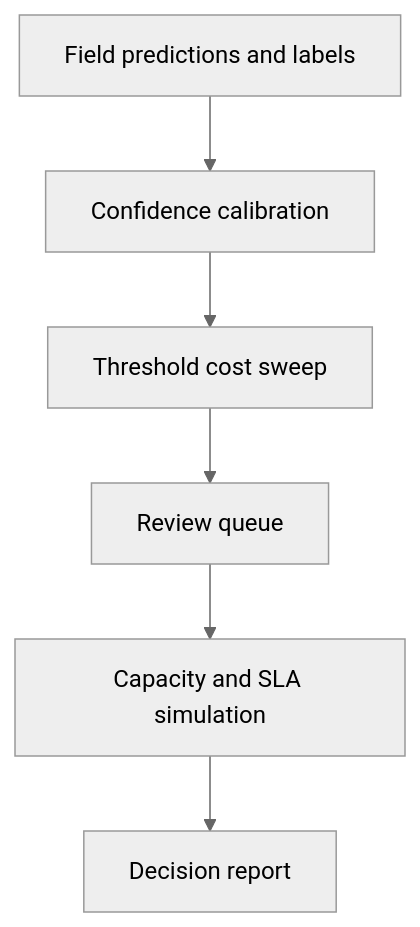
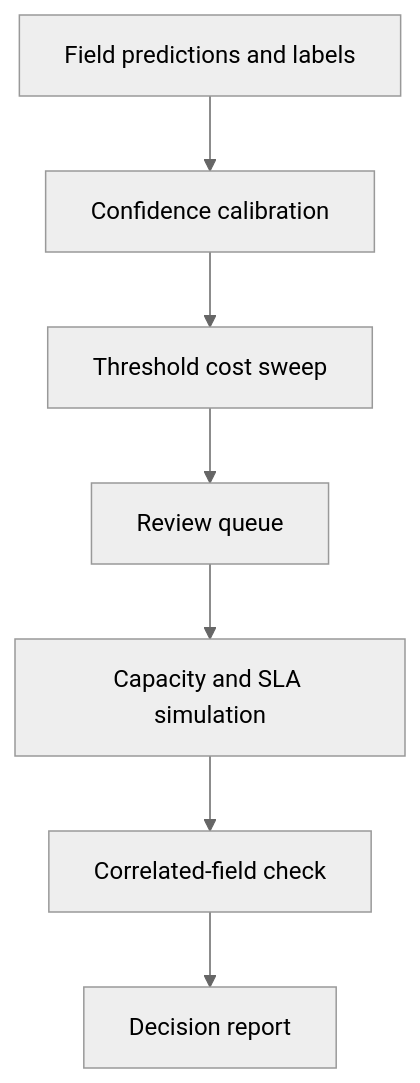
The diagram in README.md (MadanMohan0537/confidence-routing-review-queue), drawn with Mermaid (neutral theme) before and after one commit. The commit also changed other lines of this file and 9 other files, not shown here.

Commit message:
Add correlated amount-field review

````diff
--- a/README.md
+++ b/README.md
@@ -45,8 +46,9 @@
 ```mermaid
 flowchart TD
     A[Field predictions and labels] --> B[Confidence calibration]
     B --> C[Threshold cost sweep]
     C --> D[Review queue]
     D --> E[Capacity and SLA simulation]
-    E --> F[Decision report]
+    E --> F[Correlated-field check]
+    F --> G[Decision report]
 ```
````
